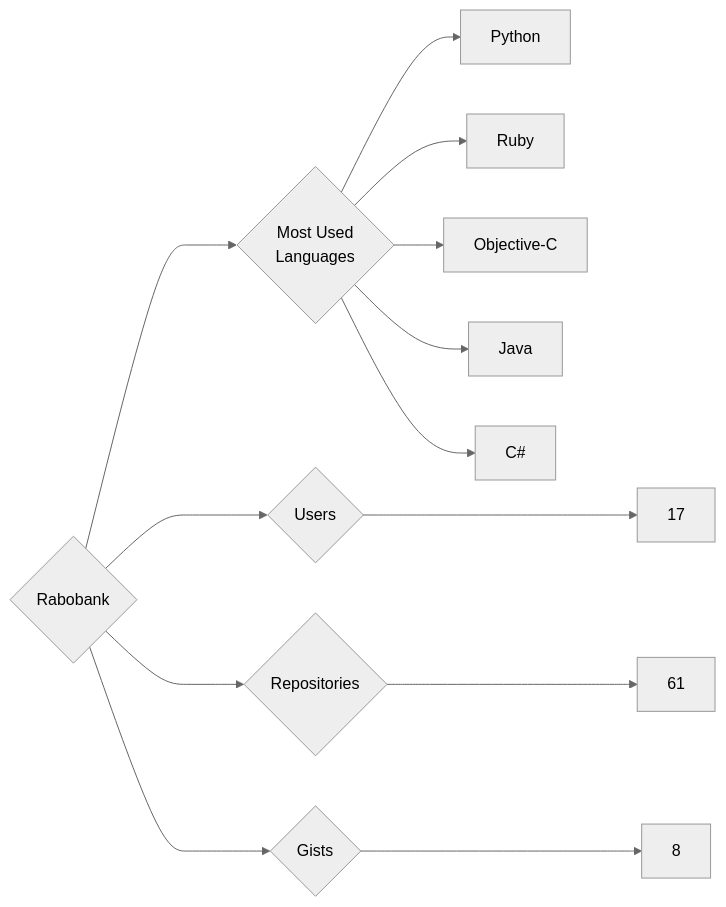
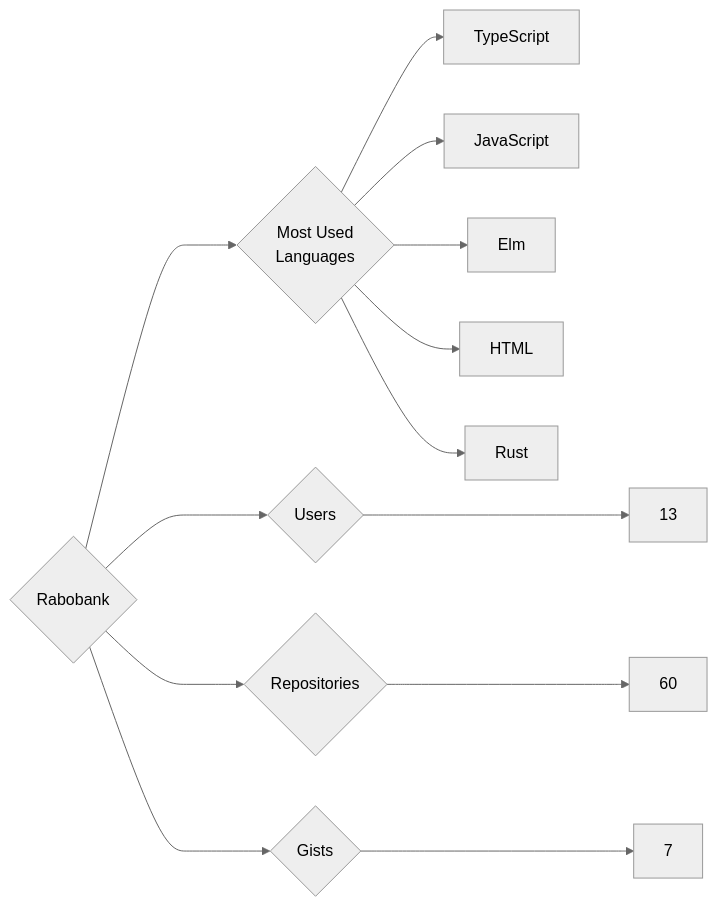
Before and after one commit to trickest/insiders: the diagram in targets/Rabobank/README.md, drawn with Mermaid (neutral theme). The commit also changed 903 other files, not shown here.

````diff
--- a/targets/Rabobank/README.md
+++ b/targets/Rabobank/README.md
@@ -3,13 +3,13 @@
 ```mermaid
 graph LR
 COMPANY_NAME{Rabobank}
-COMPANY_NAME ---> U{Users} ---> UN[17]
-COMPANY_NAME ---> R{Repositories} ---> RN[61]
-COMPANY_NAME ---> G{Gists} ---> GN[8]
+COMPANY_NAME ---> U{Users} ---> UN[13]
+COMPANY_NAME ---> R{Repositories} ---> RN[60]
+COMPANY_NAME ---> G{Gists} ---> GN[7]
 COMPANY_NAME ---> ML{Most Used<br>Languages}
-ML --> Python[Python]
-ML --> Ruby[Ruby]
-ML --> Objective-C[Objective-C]
-ML --> Java[Java]
-ML --> C#[C#]
+ML --> TypeScript[TypeScript]
+ML --> JavaScript[JavaScript]
+ML --> Elm[Elm]
+ML --> HTML[HTML]
+ML --> Rust[Rust]
 ```
````
